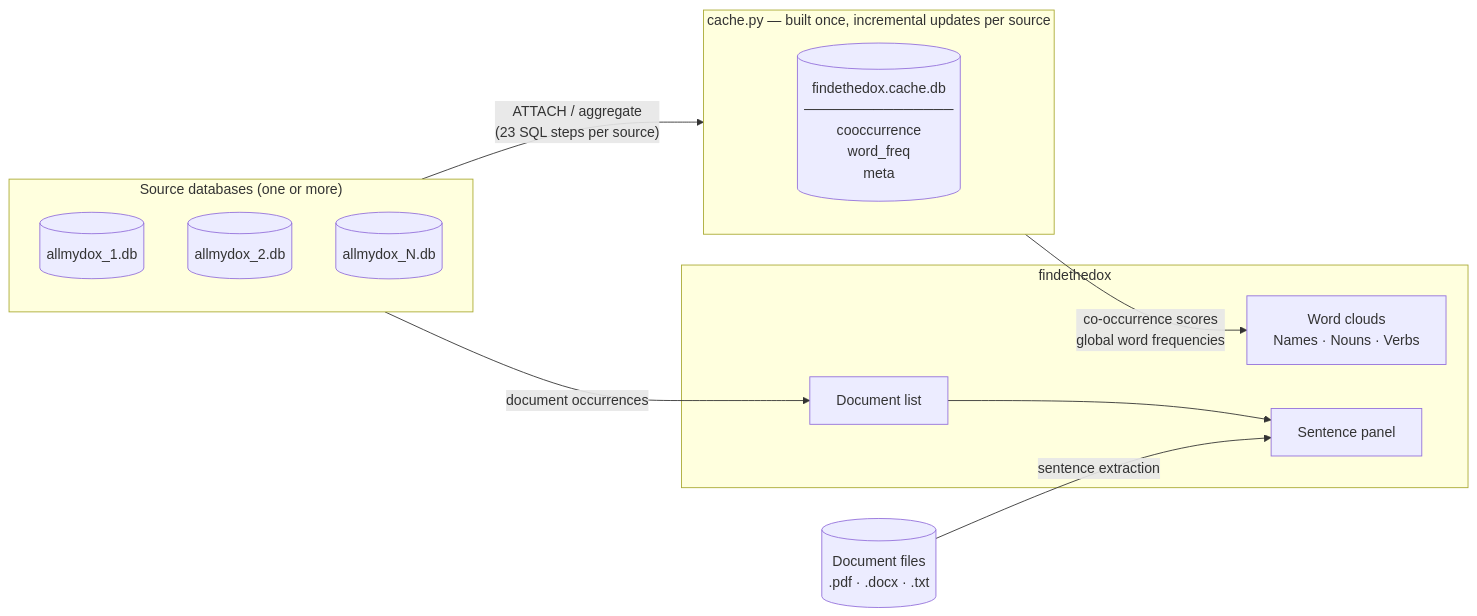
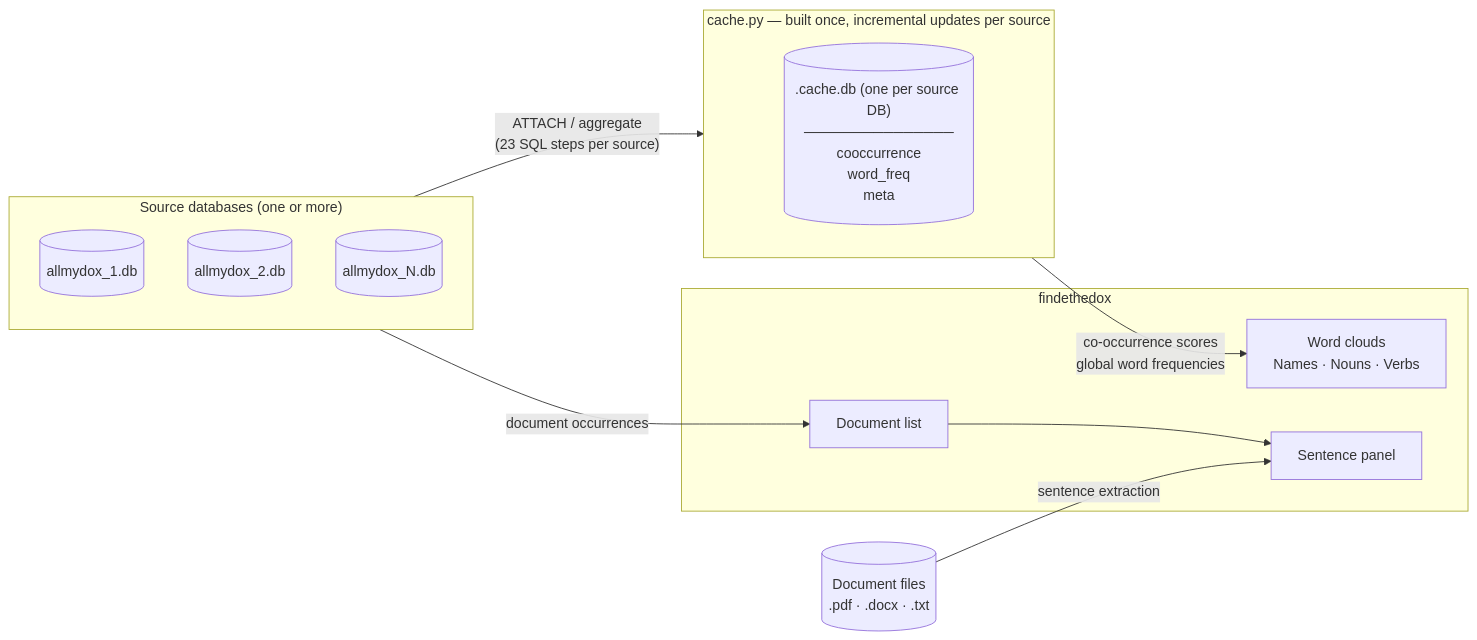
One commit to cndrbrbr/findethedox changed the diagram in README.md. Above: the diagram before and after it, drawn with Mermaid. The commit also changed other lines of this file and 6 other files, not shown here.

First line of the commit message:
One cache file per database, stored in a chosen data folder

````diff
--- a/README.md
+++ b/README.md
@@ -72,26 +81,26 @@
 ```mermaid
 flowchart LR
     subgraph src["Source databases (one or more)"]
         d1[("allmydox_1.db")]
         d2[("allmydox_2.db")]
         dN[("allmydox_N.db")]
     end
 
     subgraph build["cache.py — built once, incremental updates per source"]
-        c[("findethedox.cache.db\n───────────────\ncooccurrence\nword_freq\nmeta")]
+        c[("<name>.cache.db (one per source DB)\n───────────────\ncooccurrence\nword_freq\nmeta")]
     end
 
     subgraph ftd["findethedox"]
         wc["Word clouds\nNames · Nouns · Verbs"]
         dl["Document list"]
         sl["Sentence panel"]
     end
 
     f[("Document files\n.pdf · .docx · .txt")]
 
     src -- "ATTACH / aggregate\n(23 SQL steps per source)" --> build
     build -- "co-occurrence scores\nglobal word frequencies" --> wc
     src -- "document occurrences" --> dl
     dl --> sl
     f -- "sentence extraction" --> sl
 ```
````
